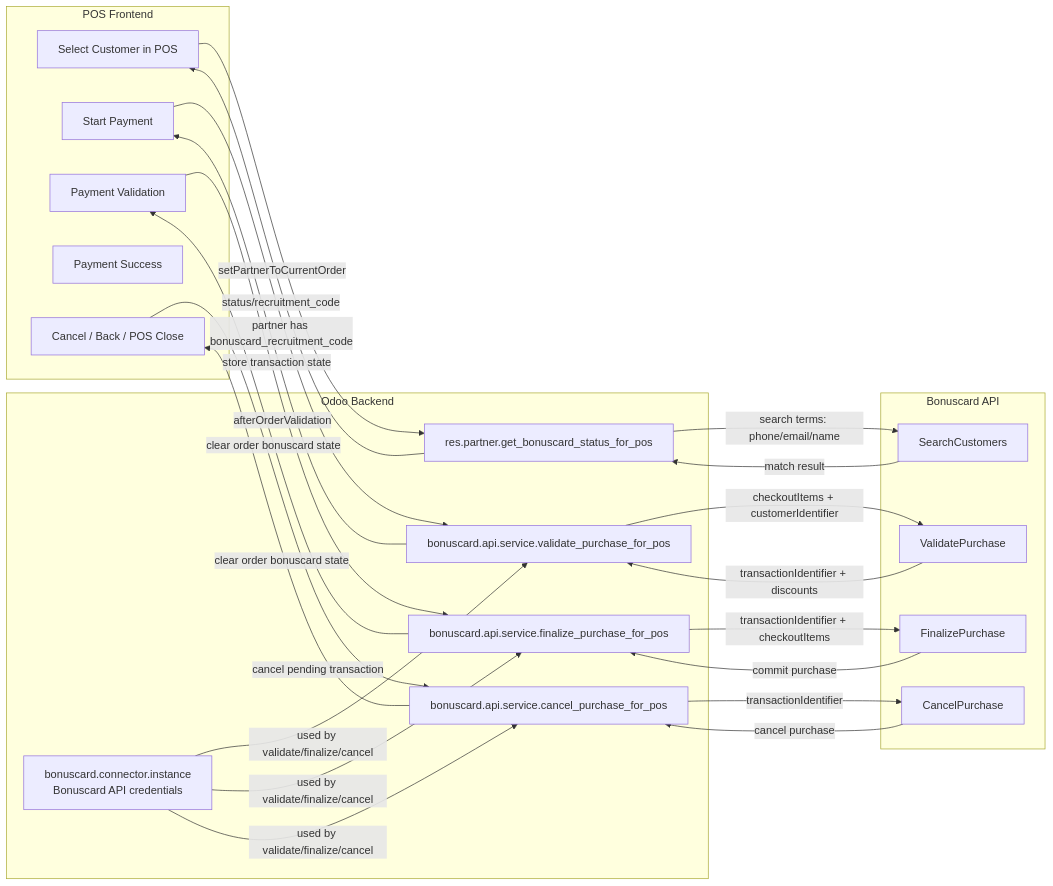
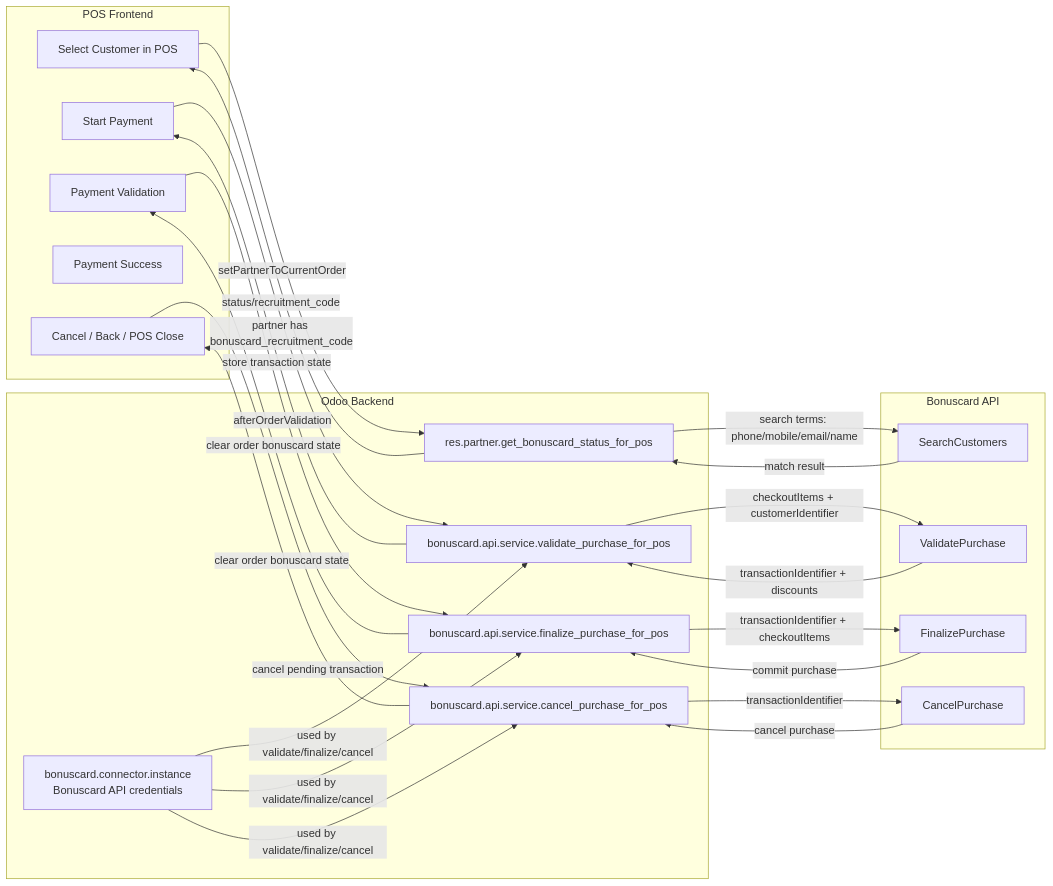
Before and after one commit to symbiotech/bonuscard-odoo: the diagram in docs/bonuscard_pos_integration_diagram.mmd, drawn with Mermaid.

Commit message:
Potential fix for pull request finding

```diff
--- a/docs/bonuscard_pos_integration_diagram.mmd
+++ b/docs/bonuscard_pos_integration_diagram.mmd
@@ -1,47 +1,47 @@
 flowchart LR
     subgraph POS Frontend
         A[Select Customer in POS]
         B[Start Payment]
         C[Payment Validation]
         D[Payment Success]
         E[Cancel / Back / POS Close]
     end
 
     subgraph Odoo Backend
         F[res.partner.get_bonuscard_status_for_pos]
         G[bonuscard.api.service.validate_purchase_for_pos]
         H[bonuscard.api.service.finalize_purchase_for_pos]
         I[bonuscard.api.service.cancel_purchase_for_pos]
         J[bonuscard.connector.instance\nBonuscard API credentials]
     end
 
     subgraph Bonuscard API
         K[SearchCustomers]
         L[ValidatePurchase]
         M[FinalizePurchase]
         N[CancelPurchase]
     end
 
     A -->|setPartnerToCurrentOrder| F
-    F -->|search terms: phone/email/name| K
+    F -->|search terms: phone/mobile/email/name| K
     K -->|match result| F
     F -->|status/recruitment_code| A
 
     B -->|partner has bonuscard_recruitment_code| G
     G -->|checkoutItems + customerIdentifier| L
     L -->|transactionIdentifier + discounts| G
     G -->|store transaction state| B
 
     C -->|afterOrderValidation| H
     H -->|transactionIdentifier + checkoutItems| M
     M -->|commit purchase| H
     H -->|clear order bonuscard state| C
 
     E -->|cancel pending transaction| I
     I -->|transactionIdentifier| N
     N -->|cancel purchase| I
     I -->|clear order bonuscard state| E
 
     J -->|used by validate/finalize/cancel| G
     J -->|used by validate/finalize/cancel| H
     J -->|used by validate/finalize/cancel| I
```
